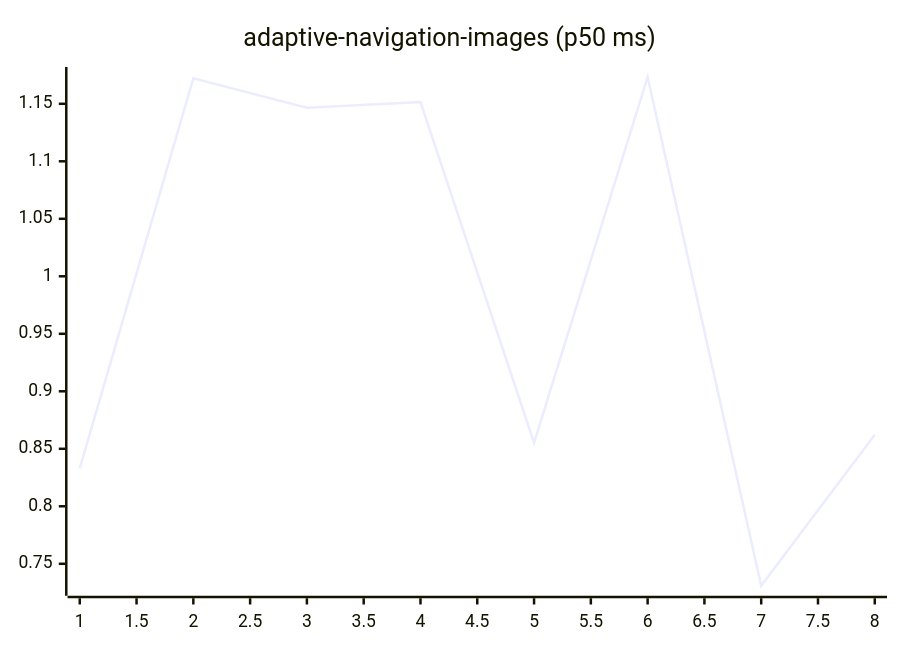
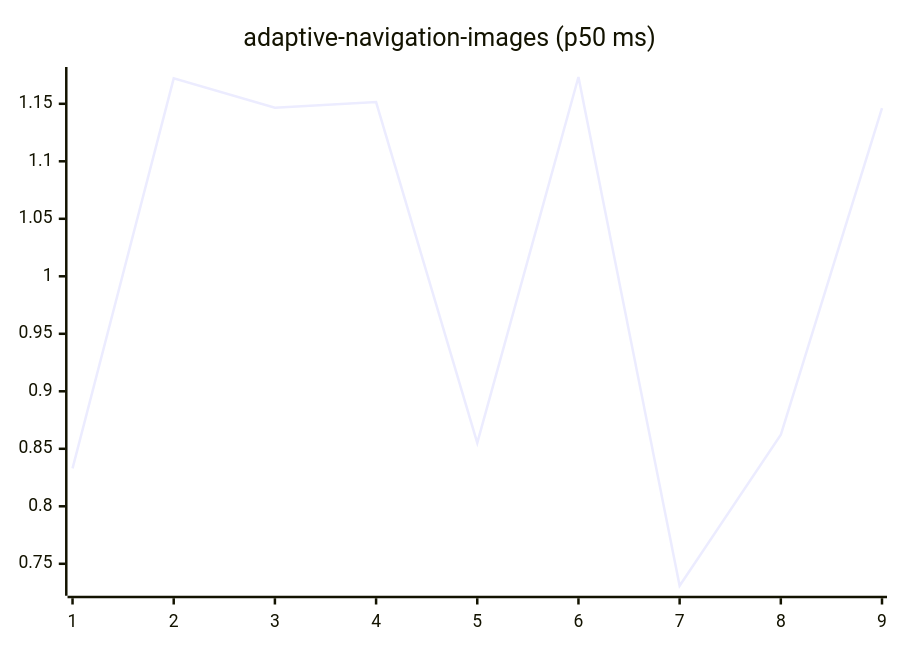
The first of 27 diagrams in README.md (josha/Facet), drawn with Mermaid before and after one commit. The commit also changed other lines of this file and 2 other files, not shown here.

````diff
--- a/README.md
+++ b/README.md
@@ -63,6 +63,6 @@
 ```mermaid
 xychart-beta
     title "adaptive-navigation-images (p50 ms)"
-    x-axis 1 --> 8
-    line [0.8330, 1.1721, 1.1465, 1.1515, 0.8551, 1.1733, 0.7309, 0.8622]
+    x-axis 1 --> 9
+    line [0.8330, 1.1721, 1.1465, 1.1515, 0.8551, 1.1733, 0.7309, 0.8622, 1.1462]
 ```
````
